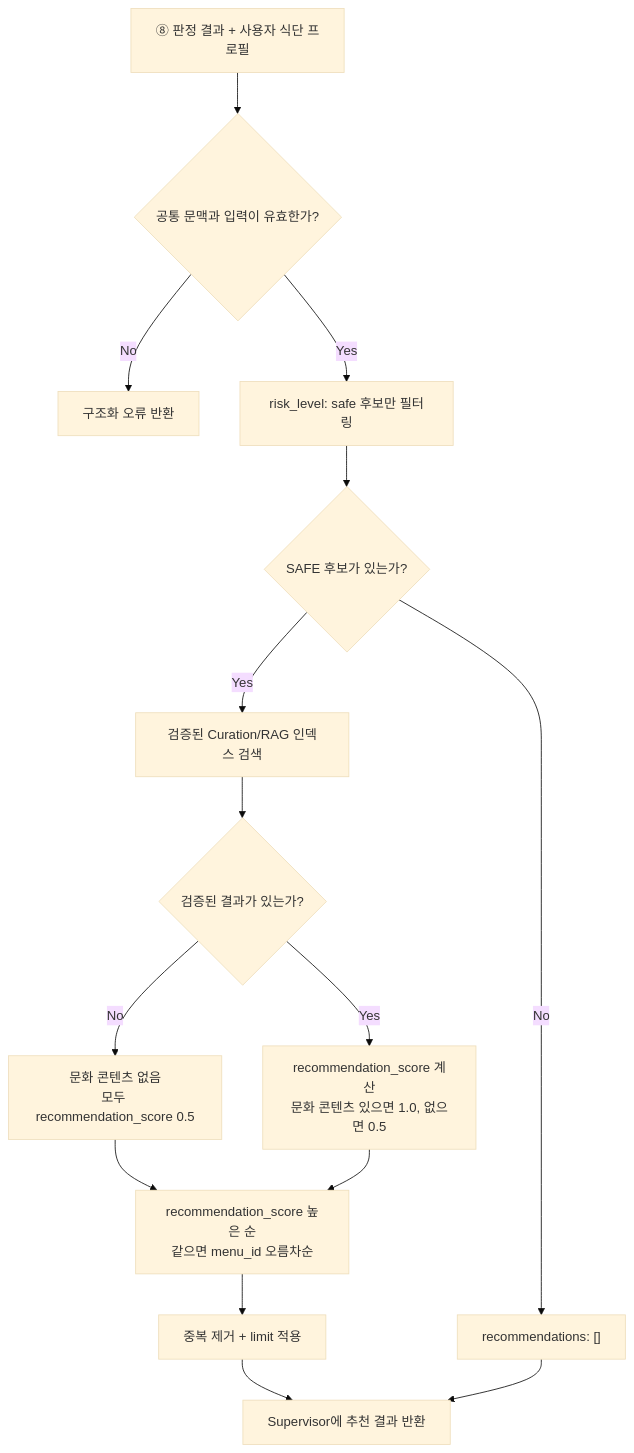
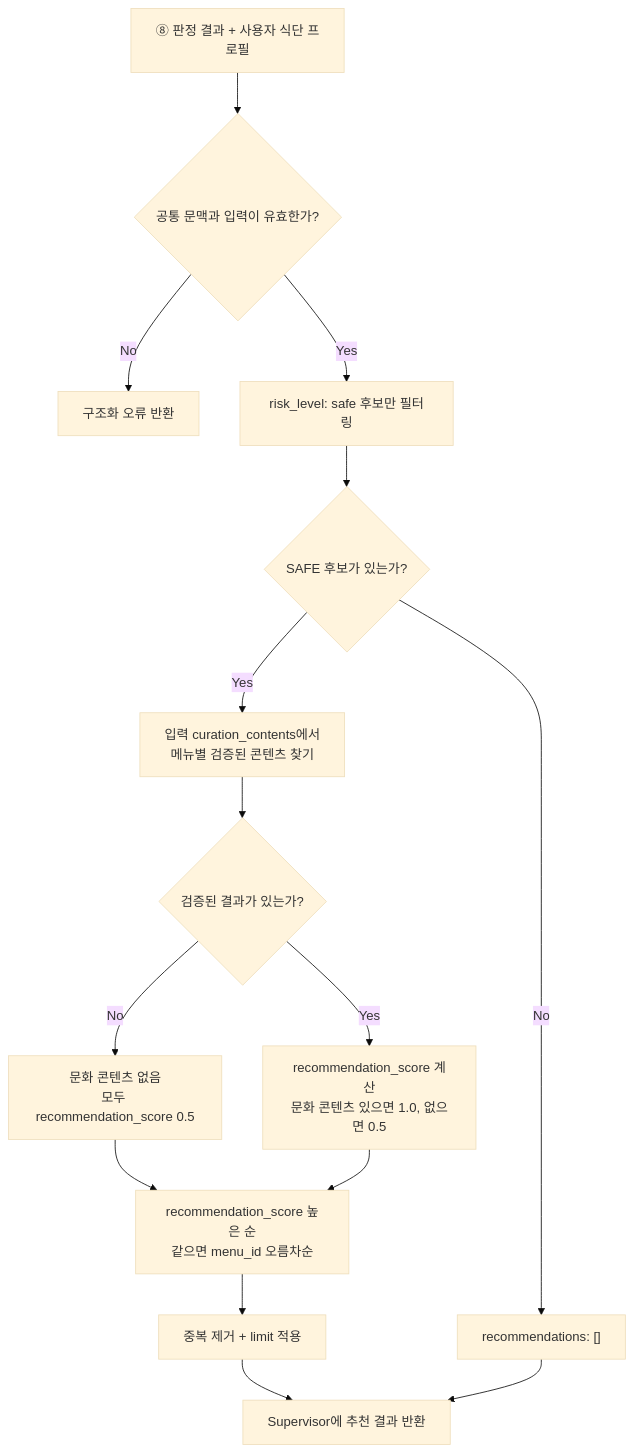
One commit to Han-Spoon/ai changed the diagram in docs/9-tool-curation.md. Above: the diagram before and after it, drawn with Mermaid (base theme). The commit also changed other lines of this file and 3 other files, not shown here.

````diff
--- a/docs/9-tool-curation.md
+++ b/docs/9-tool-curation.md
@@ -159,17 +77,18 @@
 ```mermaid
 flowchart TD
     IN["⑧ 판정 결과 + 사용자 식단 프로필"] --> VALIDATE{"공통 문맥과 입력이 유효한가?"}
     VALIDATE -->|No| ERROR["구조화 오류 반환"]
     VALIDATE -->|Yes| FILTER["risk_level: safe 후보만 필터링"]
     FILTER --> EMPTY{"SAFE 후보가 있는가?"}
     EMPTY -->|No| NONE["recommendations: []"]
-    EMPTY -->|Yes| QUERY["검증된 Curation/RAG 인덱스 검색"]
+    EMPTY -->|Yes| QUERY["입력 curation_contents에서
+메뉴별 검증된 콘텐츠 찾기"]
     QUERY --> FOUND{"검증된 결과가 있는가?"}
     FOUND -->|No| FALLBACK["문화 콘텐츠 없음\n모두 recommendation_score 0.5"]
     FOUND -->|Yes| SCORE["recommendation_score 계산\n문화 콘텐츠 있으면 1.0, 없으면 0.5"]
     FALLBACK --> SORT
     SCORE --> SORT["recommendation_score 높은 순\n같으면 menu_id 오름차순"]
     SORT --> LIMIT["중복 제거 + limit 적용"]
     LIMIT --> OUT["Supervisor에 추천 결과 반환"]
     NONE --> OUT
 ```
````
